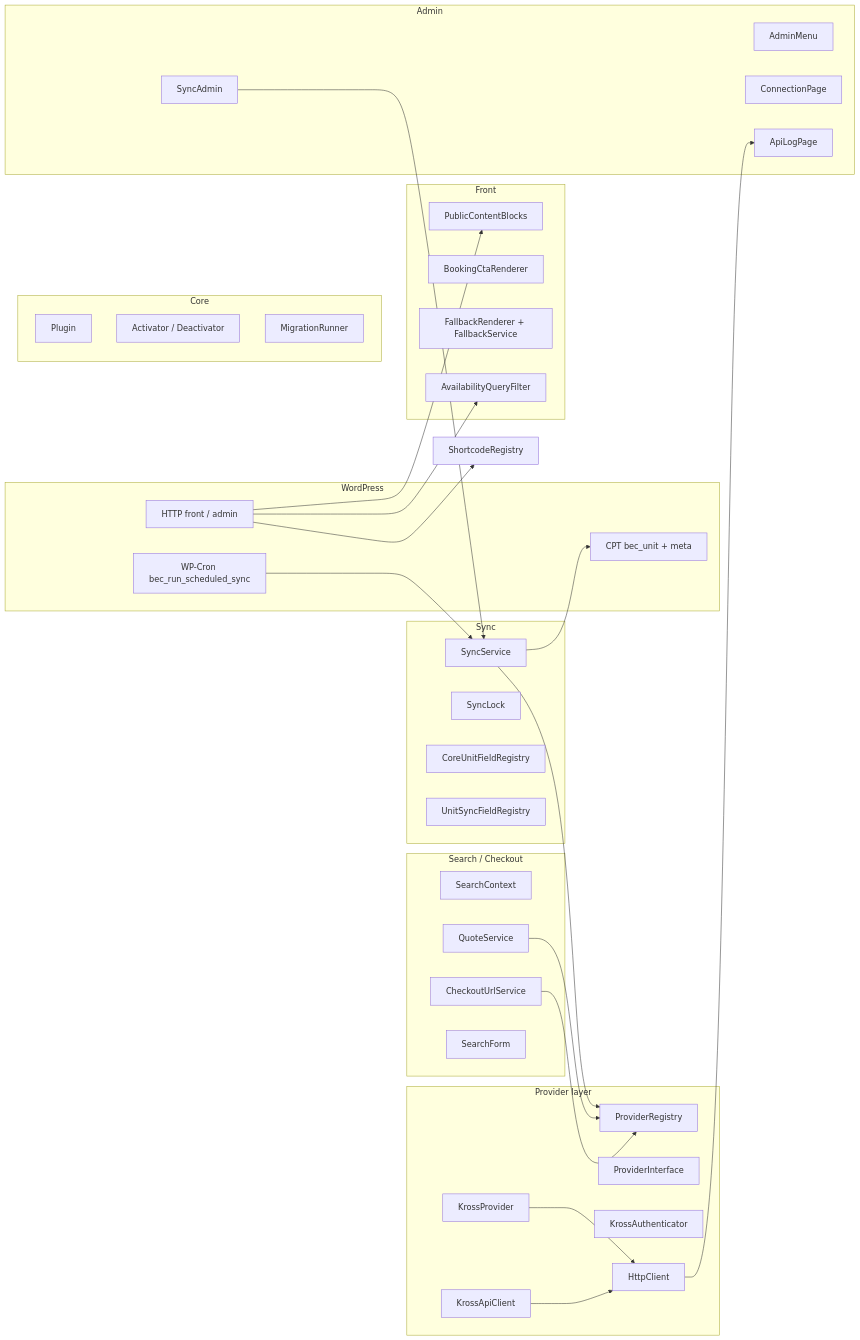
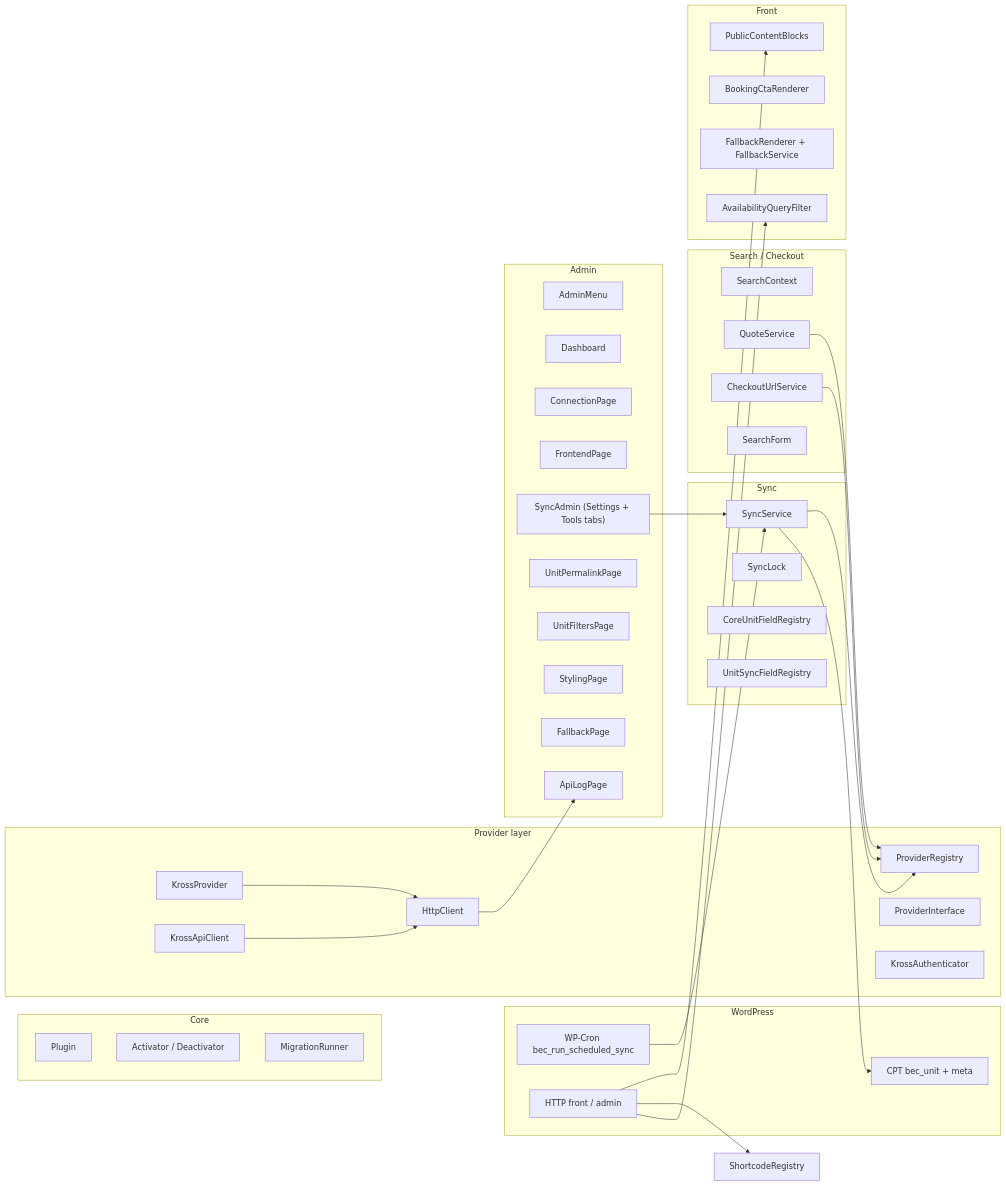
The second of 6 diagrams in docs/09-developer-reference/01-architecture.md (robbdeveloper/bec-docs), drawn with Mermaid before and after one commit. The commit also changed other lines of this file and 130 other files, not shown here.

Commit message:
docs: add comprehensive documentation for Booking Engine admin screens, frontend settings, listing filters, and new shortcodes `[bec_unit_filters]` and `[bec_available_units_count]`

````diff
--- a/docs/09-developer-reference/01-architecture.md
+++ b/docs/09-developer-reference/01-architecture.md
@@ -80,64 +80,70 @@
 ```mermaid
 flowchart LR
   subgraph wp [WordPress]
     CPT["CPT bec_unit + meta"]
     CRON["WP-Cron bec_run_scheduled_sync"]
     REQ["HTTP front / admin"]
   end
 
   subgraph core [Core]
     Plugin["Plugin"]
     Act["Activator / Deactivator"]
     Mig["MigrationRunner"]
   end
 
   subgraph providers [Provider layer]
     PR["ProviderRegistry"]
     PI2["ProviderInterface"]
     Kross["KrossProvider"]
     KAuth["KrossAuthenticator"]
     KApi["KrossApiClient"]
     Http["HttpClient"]
   end
 
   subgraph sync [Sync]
     SS["SyncService"]
     SL["SyncLock"]
     CUF2["CoreUnitFieldRegistry"]
     USF2["UnitSyncFieldRegistry"]
   end
 
   subgraph search [Search / Checkout]
     SCtx["SearchContext"]
     QS["QuoteService"]
     CVS["CheckoutUrlService"]
     SF["SearchForm"]
   end
 
   subgraph front [Front]
     PCH["PublicContentBlocks"]
     BCR["BookingCtaRenderer"]
     FR["FallbackRenderer + FallbackService"]
     AQF["AvailabilityQueryFilter"]
   end
 
   subgraph admin [Admin]
     Menu["AdminMenu"]
+    Dash["Dashboard"]
     Conn["ConnectionPage"]
-    SyncAd["SyncAdmin"]
+    Front["FrontendPage"]
+    SyncAd["SyncAdmin (Settings + Tools tabs)"]
+    Units["UnitPermalinkPage"]
+    Filters["UnitFiltersPage"]
+    Design["StylingPage"]
+    FB["FallbackPage"]
     Log["ApiLogPage"]
   end
 
   REQ --> PCH
   REQ --> SHcode["ShortcodeRegistry"]
   REQ --> AQF
   CRON --> SS
   SyncAd --> SS
   SS --> PR
   SS --> CPT
   Kross --> Http
   KApi --> Http
   QS --> PR
   CVS --> PR
   Http --> Log
 ```
````
